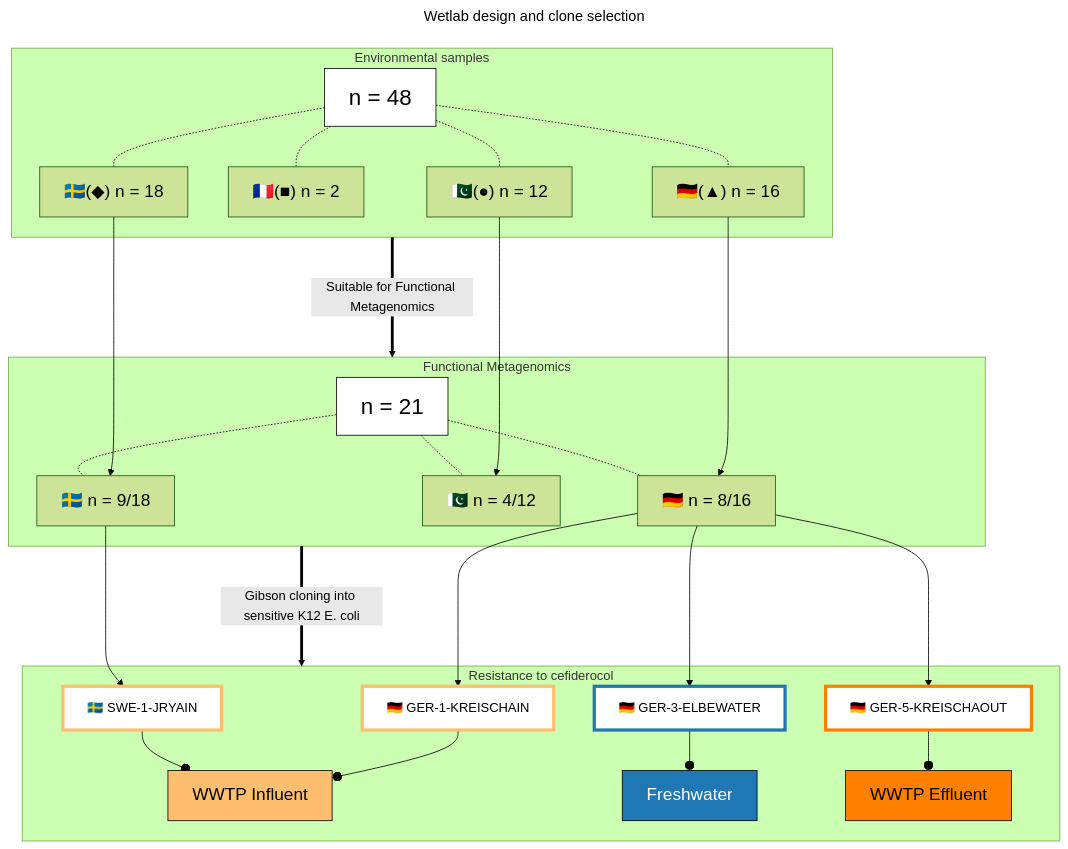
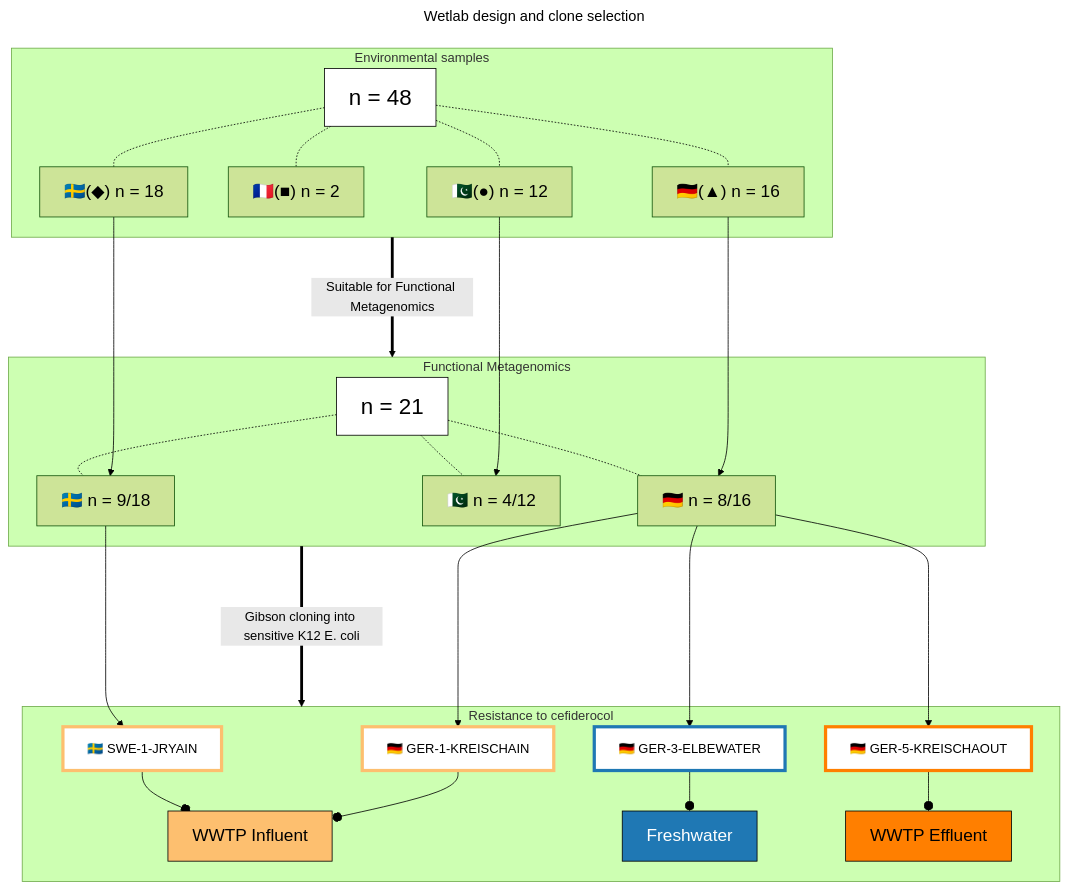
The first of 2 diagrams in README.md (RemiGSC/Mgf_FDC), drawn with Mermaid (forest theme) before and after one commit.

````diff
--- a/README.md
+++ b/README.md
@@ -9,63 +9,63 @@
 ```mermaid
 ---
 title: Wetlab design and clone selection
 ---
 flowchart TD
 	subgraph ev [Environmental samples]
 		A[n = 48] -.- A1["🇸🇪(◆) n = 18"]
 		A -.- A2["🇫🇷(■) n = 2"]
 		A -.- A3["🇩🇪(▲) n = 16"]
 		A -.- A4["🇵🇰(●) n = 12"]
 	end
 
 	subgraph fmg [Functional Metagenomics]
 		B[n = 21] -.- B1[🇸🇪 n = 9/18]
 		B -.- B3[🇩🇪 n = 8/16]
 		B -.- B4[🇵🇰 n = 4/12]
 	end
 
 	subgraph Rcef [Resistance to cefiderocol]
 			C1[🇸🇪 SWE-1-JRYAIN] --o WWIN[WWTP Influent]
 			C3a[🇩🇪 GER-1-KREISCHAIN] --o WWIN[WWTP Influent]
 			C3b[🇩🇪 GER-3-ELBEWATER] --o Fresh[Freshwater]
 			C3c[🇩🇪 GER-5-KREISCHAOUT] --o WWEF[WWTP Effluent]
 	end
 
 
 ev ==>|Suitable for Functional Metagenomics| fmg
 
 fmg ==>|Gibson cloning into sensitive K12 E. coli| Rcef
 
 A1 ----> B1
 A3 ----> B3
 A4 ----> B4
 
-B1 ---> C1
-B3 ---> C3a
-B3 ---> C3b
-B3 ---> C3c
+B1 ----> C1
+B3 ----> C3a
+B3 ----> C3b
+B3 ----> C3c
 
 
 
 style A stroke:#000,fill:#fff,font-size:120%
 style B stroke:#000,fill:#fff,font-size:120%
 
 style A1 font-size:110%
 style A2 font-size:110%
 style A3 font-size:110%
 style A4 font-size:110%
 style B1 font-size:110%
 style B3 font-size:110%
 style B4 font-size:110%
 
 style C1 stroke:#fdbf6f,fill:#fff,stroke-width:4px
 style C3a stroke:#fdbf6f,fill:#fff,stroke-width:4px
 style C3b stroke:#1f78b4,fill:#fff,stroke-width:4px
 style C3c stroke:#ff7f00,fill:#fff,stroke-width:4px
 
 style WWIN stroke:#000,fill:#fdbf6f,font-size:110%
 style Fresh stroke:#000,fill:#1f78b4,color:#fff,font-size:110%
 style WWEF stroke:#000,fill:#ff7f00,font-size:110%
 
 
 ```
````
